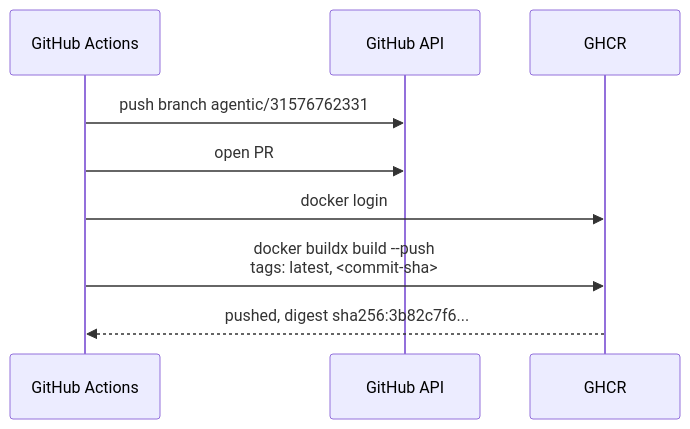
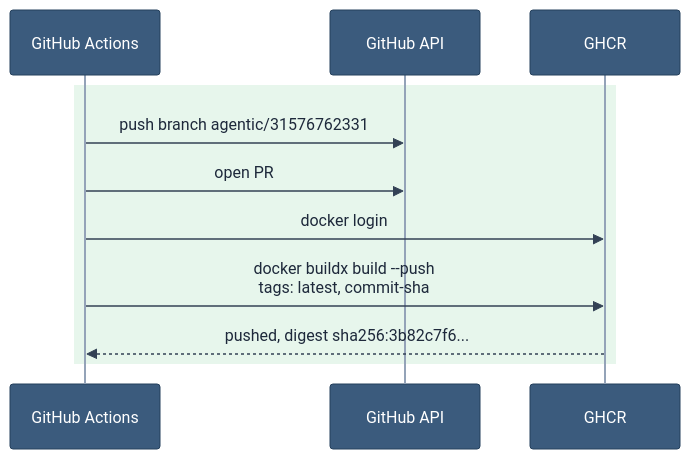
The eighth of 8 diagrams in docs/demo/newton-run-architecture.md (lorenzogirardi/agentic-sdlc), drawn with Mermaid before and after one commit. The commit also changed other lines of this file and 1 other file, not shown here.

First line of the commit message:
Color-code all diagrams: actors, platform, external systems, outcomes

````diff
--- a/docs/demo/newton-run-architecture.md
+++ b/docs/demo/newton-run-architecture.md
@@ -266,12 +314,15 @@
 ```mermaid
+%%{init: {'theme':'base', 'themeVariables': {'primaryColor':'#ff6b35','primaryBorderColor':'#c9451f','primaryTextColor':'#ffffff','actorBkg':'#3b5b7d','actorBorder':'#24405c','actorTextColor':'#ffffff','actorLineColor':'#94a3b8','signalColor':'#334155','signalTextColor':'#1e293b','labelBoxBkgColor':'#16a34a','labelBoxBorderColor':'#0f7a37','labelTextColor':'#ffffff','loopTextColor':'#334155','noteBkgColor':'#fde68a','noteBorderColor':'#b45309','noteTextColor':'#78350f','activationBorderColor':'#0f7a37','activationBkgColor':'#c8f0d8','sequenceNumberColor':'#ffffff'}}}%%
 sequenceDiagram
     participant Actions as GitHub Actions
     participant GH as GitHub API
     participant GHCR
 
+    rect rgba(22,163,74,0.10)
     Actions->>GH: push branch agentic/31576762331
     Actions->>GH: open PR #14 ("Agentic SDLC run 31576762331")
     Actions->>GHCR: docker login
-    Actions->>GHCR: docker buildx build --push<br/>tags: latest, <commit-sha>
+    Actions->>GHCR: docker buildx build --push<br/>tags: latest, commit-sha
     GHCR-->>Actions: pushed, digest sha256:3b82c7f6...
+    end
 ```
````
